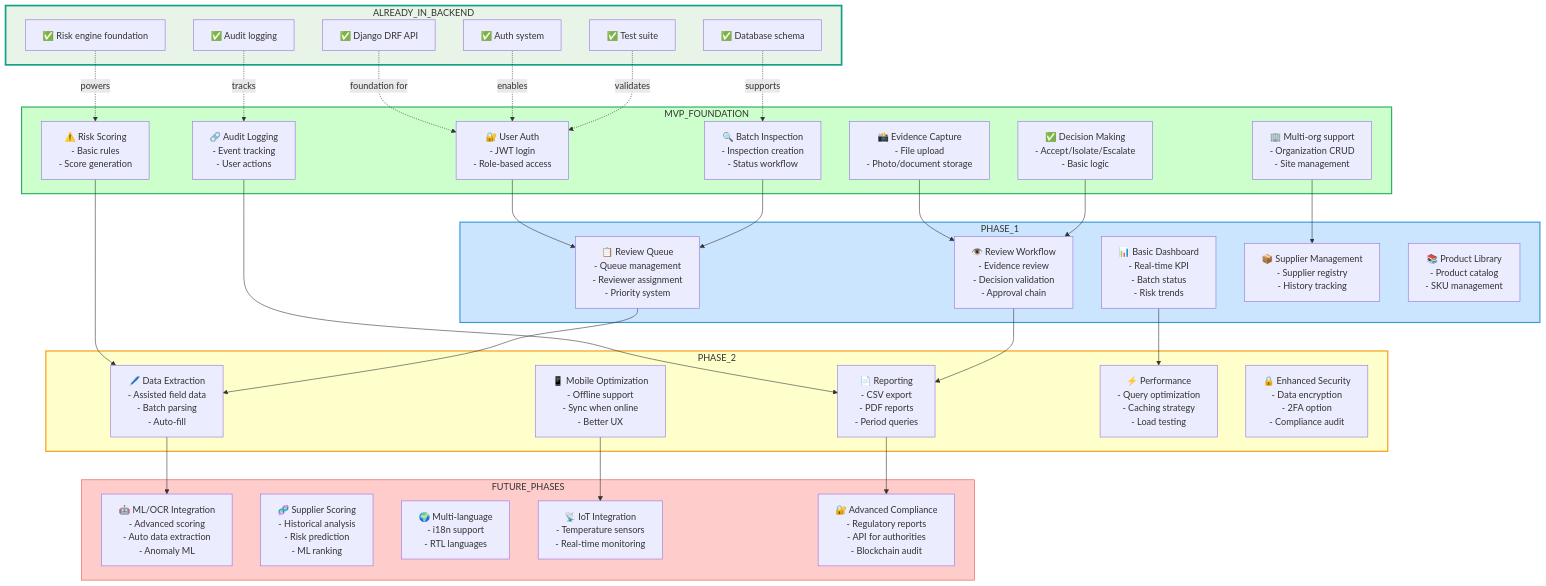
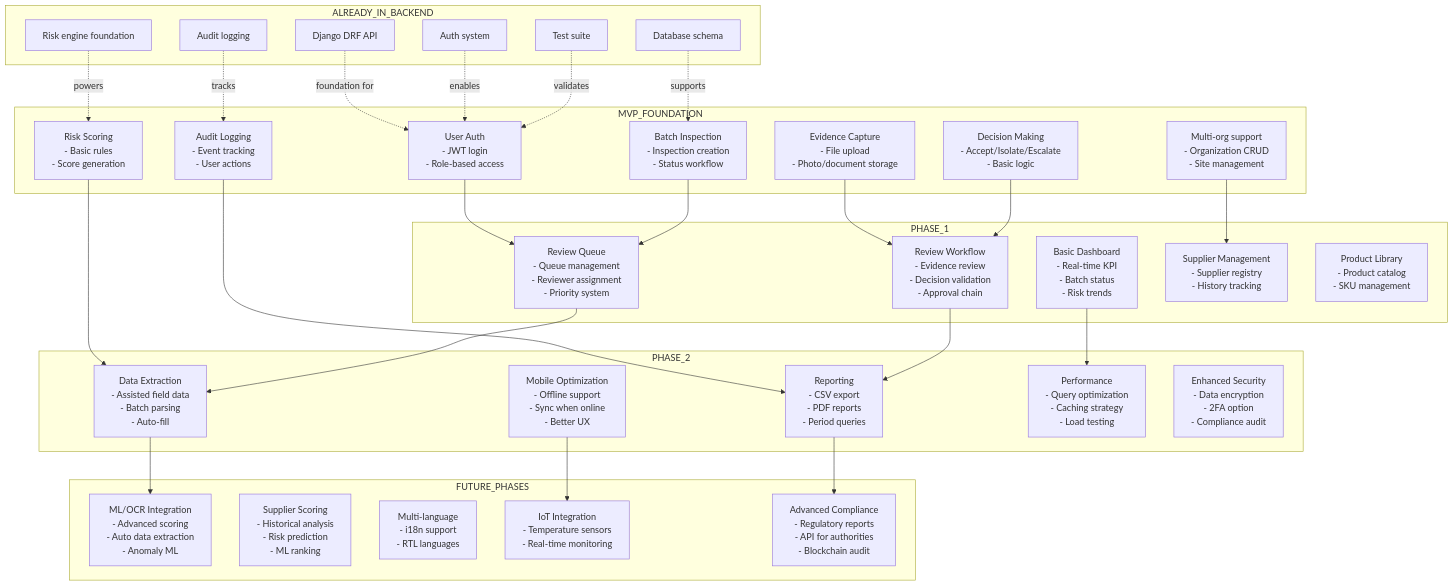
The diagram in docs/product/mvp-phase-mapping.md (AbraImani/Authmed_Backend_intern), drawn with Mermaid before and after one commit. The commit also changed other lines of this file and 27 other files, not shown here.

Commit message:
docs: remove emojis, translate to English, standardize diagrams and remove color styles

````diff
--- a/docs/product/mvp-phase-mapping.md
+++ b/docs/product/mvp-phase-mapping.md
@@ -9,74 +9,70 @@
 ```mermaid
 graph TB
     subgraph "MVP_FOUNDATION"
-        MVP1["🔐 User Auth<br/>- JWT login<br/>- Role-based access"]
-        MVP2["🏢 Multi-org support<br/>- Organization CRUD<br/>- Site management"]
-        MVP3["🔍 Batch Inspection<br/>- Inspection creation<br/>- Status workflow"]
-        MVP4["📸 Evidence Capture<br/>- File upload<br/>- Photo/document storage"]
-        MVP5["⚠️ Risk Scoring<br/>- Basic rules<br/>- Score generation"]
-        MVP6["✅ Decision Making<br/>- Accept/Isolate/Escalate<br/>- Basic logic"]
-        MVP7["🔗 Audit Logging<br/>- Event tracking<br/>- User actions"]
+        MVP1["User Auth<br/>- JWT login<br/>- Role-based access"]
+        MVP2["Multi-org support<br/>- Organization CRUD<br/>- Site management"]
+        MVP3["Batch Inspection<br/>- Inspection creation<br/>- Status workflow"]
+        MVP4["Evidence Capture<br/>- File upload<br/>- Photo/document storage"]
+        MVP5["Risk Scoring<br/>- Basic rules<br/>- Score generation"]
+        MVP6["Decision Making<br/>- Accept/Isolate/Escalate<br/>- Basic logic"]
+        MVP7["Audit Logging<br/>- Event tracking<br/>- User actions"]
     end
     
     subgraph "PHASE_1"
-        P1_1["📋 Review Queue<br/>- Queue management<br/>- Reviewer assignment<br/>- Priority system"]
-        P1_2["👁️ Review Workflow<br/>- Evidence review<br/>- Decision validation<br/>- Approval chain"]
-        P1_3["📊 Basic Dashboard<br/>- Real-time KPI<br/>- Batch status<br/>- Risk trends"]
-        P1_4["📦 Supplier Management<br/>- Supplier registry<br/>- History tracking"]
-        P1_5["📚 Product Library<br/>- Product catalog<br/>- SKU management"]
+        P1_1["Review Queue<br/>- Queue management<br/>- Reviewer assignment<br/>- Priority system"]
+        P1_2["Review Workflow<br/>- Evidence review<br/>- Decision validation<br/>- Approval chain"]
+        P1_3["Basic Dashboard<br/>- Real-time KPI<br/>- Batch status<br/>- Risk trends"]
+        P1_4["Supplier Management<br/>- Supplier registry<br/>- History tracking"]
+        P1_5["Product Library<br/>- Product catalog<br/>- SKU management"]
     end
     
     subgraph "PHASE_2"
-        P2_1["🖊️ Data Extraction<br/>- Assisted field data<br/>- Batch parsing<br/>- Auto-fill"]
-        P2_2["📄 Reporting<br/>- CSV export<br/>- PDF reports<br/>- Period queries"]
-        P2_3["📱 Mobile Optimization<br/>- Offline support<br/>- Sync when online<br/>- Better UX"]
-        P2_4["⚡ Performance<br/>- Query optimization<br/>- Caching strategy<br/>- Load testing"]
-        P2_5["🔒 Enhanced Security<br/>- Data encryption<br/>- 2FA option<br/>- Compliance audit"]
+        P2_1["Data Extraction<br/>- Assisted field data<br/>- Batch parsing<br/>- Auto-fill"]
+        P2_2["Reporting<br/>- CSV export<br/>- PDF reports<br/>- Period queries"]
+        P2_3["Mobile Optimization<br/>- Offline support<br/>- Sync when online<br/>- Better UX"]
+        P2_4["Performance<br/>- Query optimization<br/>- Caching strategy<br/>- Load testing"]
+        P2_5["Enhanced Security<br/>- Data encryption<br/>- 2FA option<br/>- Compliance audit"]
     end
     
     subgraph "FUTURE_PHASES"
-        FUT1["🤖 ML/OCR Integration<br/>- Advanced scoring<br/>- Auto data extraction<br/>- Anomaly ML"]
-        FUT2["🧬 Supplier Scoring<br/>- Historical analysis<br/>- Risk prediction<br/>- ML ranking"]
-        FUT3["🌍 Multi-language<br/>- i18n support<br/>- RTL languages"]
-        FUT4["📡 IoT Integration<br/>- Temperature sensors<br/>- Real-time monitoring"]
-        FUT5["🔐 Advanced Compliance<br/>- Regulatory reports<br/>- API for authorities<br/>- Blockchain audit"]
+        FUT1["ML/OCR Integration<br/>- Advanced scoring<br/>- Auto data extraction<br/>- Anomaly ML"]
+        FUT2["Supplier Scoring<br/>- Historical analysis<br/>- Risk prediction<br/>- ML ranking"]
+        FUT3["Multi-language<br/>- i18n support<br/>- RTL languages"]
+        FUT4["IoT Integration<br/>- Temperature sensors<br/>- Real-time monitoring"]
+        FUT5["Advanced Compliance<br/>- Regulatory reports<br/>- API for authorities<br/>- Blockchain audit"]
     end
     
     subgraph "ALREADY_IN_BACKEND"
-        DONE1["✅ Django DRF API"]
-        DONE2["✅ Database schema"]
-        DONE3["✅ Auth system"]
-        DONE4["✅ Audit logging"]
-        DONE5["✅ Risk engine foundation"]
-        DONE6["✅ Test suite"]
+        DONE1["Django DRF API"]
+        DONE2["Database schema"]
+        DONE3["Auth system"]
+        DONE4["Audit logging"]
+        DONE5["Risk engine foundation"]
+        DONE6["Test suite"]
     end
     
     MVP1 --> P1_1
     MVP2 --> P1_4
     MVP3 --> P1_1
     MVP4 --> P1_2
     MVP5 --> P2_1
     MVP6 --> P1_2
     MVP7 --> P2_2
     
     P1_1 --> P2_1
     P1_2 --> P2_2
     P1_3 --> P2_4
     
     P2_1 --> FUT1
     P2_2 --> FUT5
     P2_3 --> FUT4
     
     DONE1 -.->|foundation for| MVP1
     DONE2 -.->|supports| MVP3
     DONE3 -.->|enables| MVP1
     DONE4 -.->|tracks| MVP7
     DONE5 -.->|powers| MVP5
     DONE6 -.->|validates| MVP1
     
-    style MVP_FOUNDATION fill:#ccffcc,stroke:#27ae60,stroke-width:2px
-    style PHASE_1 fill:#cce5ff,stroke:#3498db,stroke-width:2px
-    style PHASE_2 fill:#ffffcc,stroke:#f39c12,stroke-width:2px
-    style FUTURE_PHASES fill:#ffcccc,stroke:#e74c3c,stroke-width:1px
-    style ALREADY_IN_BACKEND fill:#e8f4e8,stroke:#16a085,stroke-width:3px
+    %% Styles removed for a neutral, professional diagram presentation
 ```
````
